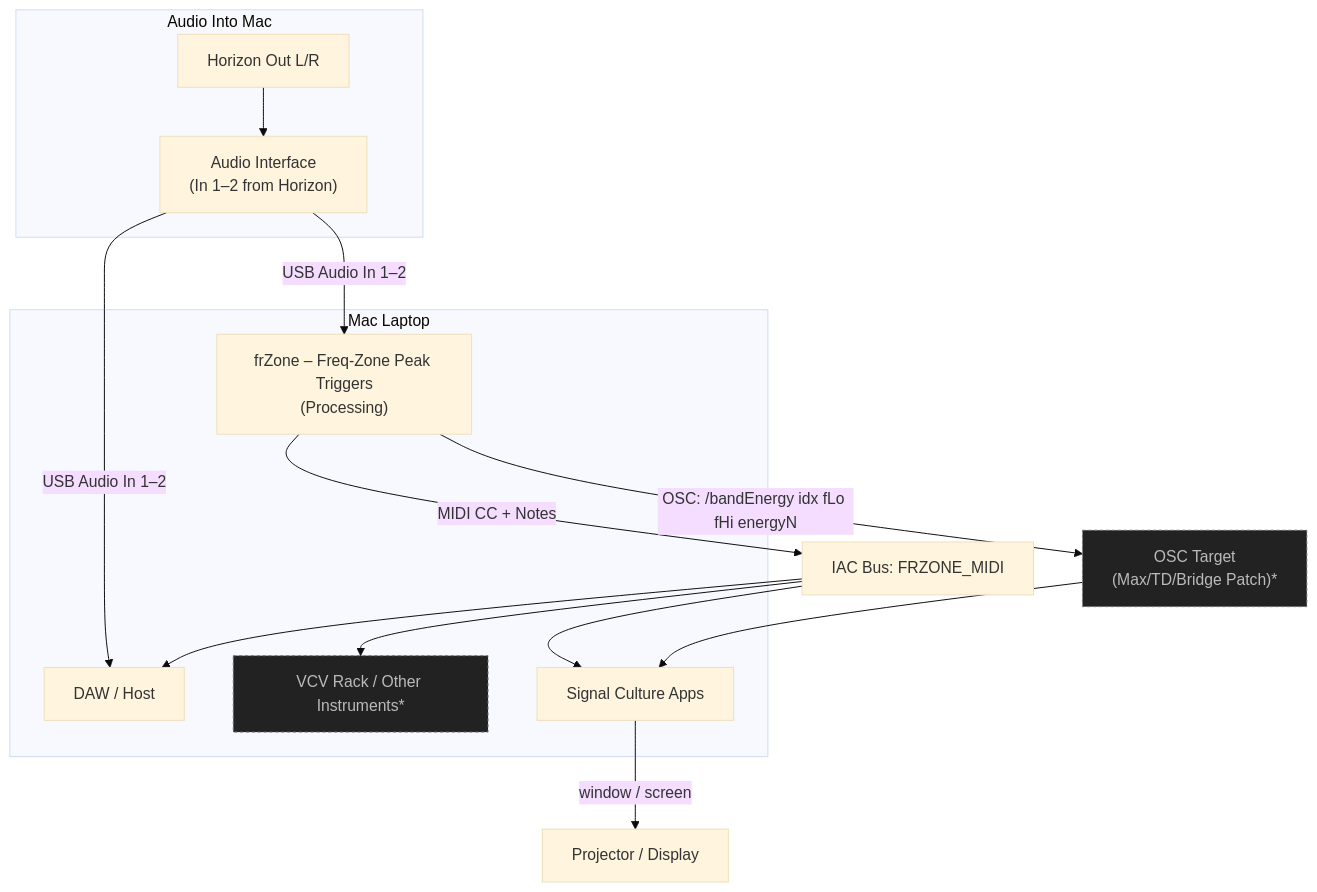
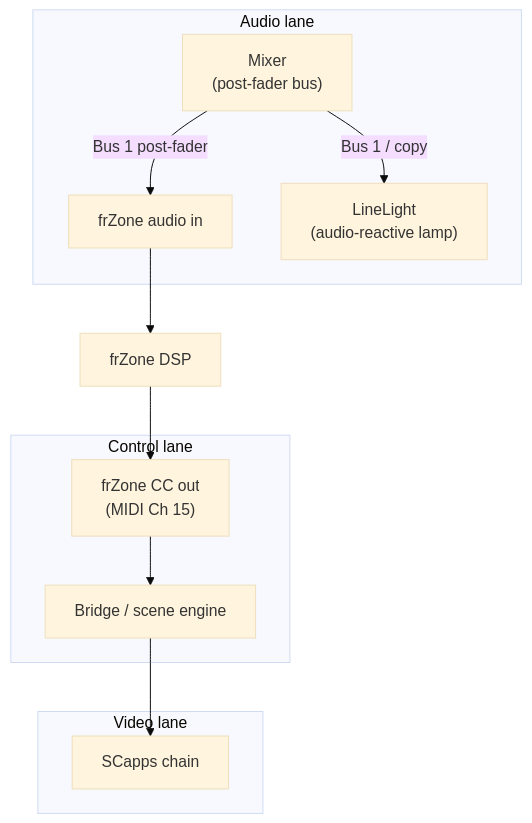
The diagram in 06_frzone-linelight.md (bseverns/live-rig), drawn with Mermaid (base theme) before and after one commit. The commit also changed other lines of this file and 7 other files, not shown here.

Commit message:
Clarifying equipment/flows

````diff
--- a/06_frzone-linelight.md
+++ b/06_frzone-linelight.md
@@ -60,40 +23,24 @@
 ```mermaid
 flowchart TB
+    subgraph Audio["Audio lane"]
+      Mixer["Mixer<br/>(post-fader bus)"]
+      frAudio["frZone audio in"]
+      LineLight["LineLight<br/>(audio-reactive lamp)"]
 
-  subgraph AudioIn["Audio Into Mac"]
-    HorizonOut["Horizon Out L/R"]
-    Interface["Audio Interface<br/>(In 1–2 from Horizon)"]
-  end
+      Mixer -->|"Bus 1 post-fader"| frAudio
+      Mixer -->|"Bus 1 / copy"| LineLight
+    end
 
-  subgraph Mac["Mac Laptop"]
-    DAW["DAW / Host"]
-    FRZONE["frZone – Freq-Zone Peak Triggers<br/>(Processing)"]
-    SCApps["Signal Culture Apps"]
-    VCV["VCV Rack / Other Instruments*"]
-  end
+    subgraph Control["Control lane"]
+      frCtrl["frZone CC out<br/>(MIDI Ch 15)"]
+      Bridge["Bridge / scene engine"]
+    end
 
-  VirtualMIDI["IAC Bus: FRZONE_MIDI"]
-  OSCTarget["OSC Target<br/>(Max/TD/Bridge Patch)*"]
-  Projector["Projector / Display"]
+    subgraph Video["Video lane"]
+      SCapps["SCapps chain"]
+    end
 
-  %% Audio flow
-  HorizonOut --> Interface
-  Interface -->|"USB Audio In 1–2"| DAW
-  Interface -->|"USB Audio In 1–2"| FRZONE
-
-  %% frZone outputs
-  FRZONE -->|"MIDI CC + Notes"| VirtualMIDI
-  FRZONE -->|"OSC: /bandEnergy idx fLo fHi energyN"| OSCTarget
-
-  %% MIDI / OSC fan-out
-  VirtualMIDI --> DAW
-  VirtualMIDI --> VCV
-  VirtualMIDI --> SCApps
-  OSCTarget --> SCApps
-
-  %% Video out
-  SCApps -->|"window / screen"| Projector
-
-  classDef future fill:#222,stroke:#777,color:#bbb,stroke-dasharray:3 3;
-  class VCV,OSCTarget future;
+    frAudio --> frZone["frZone DSP"]
+    frZone --> frCtrl
+    frCtrl --> Bridge --> SCapps
 ```
````
